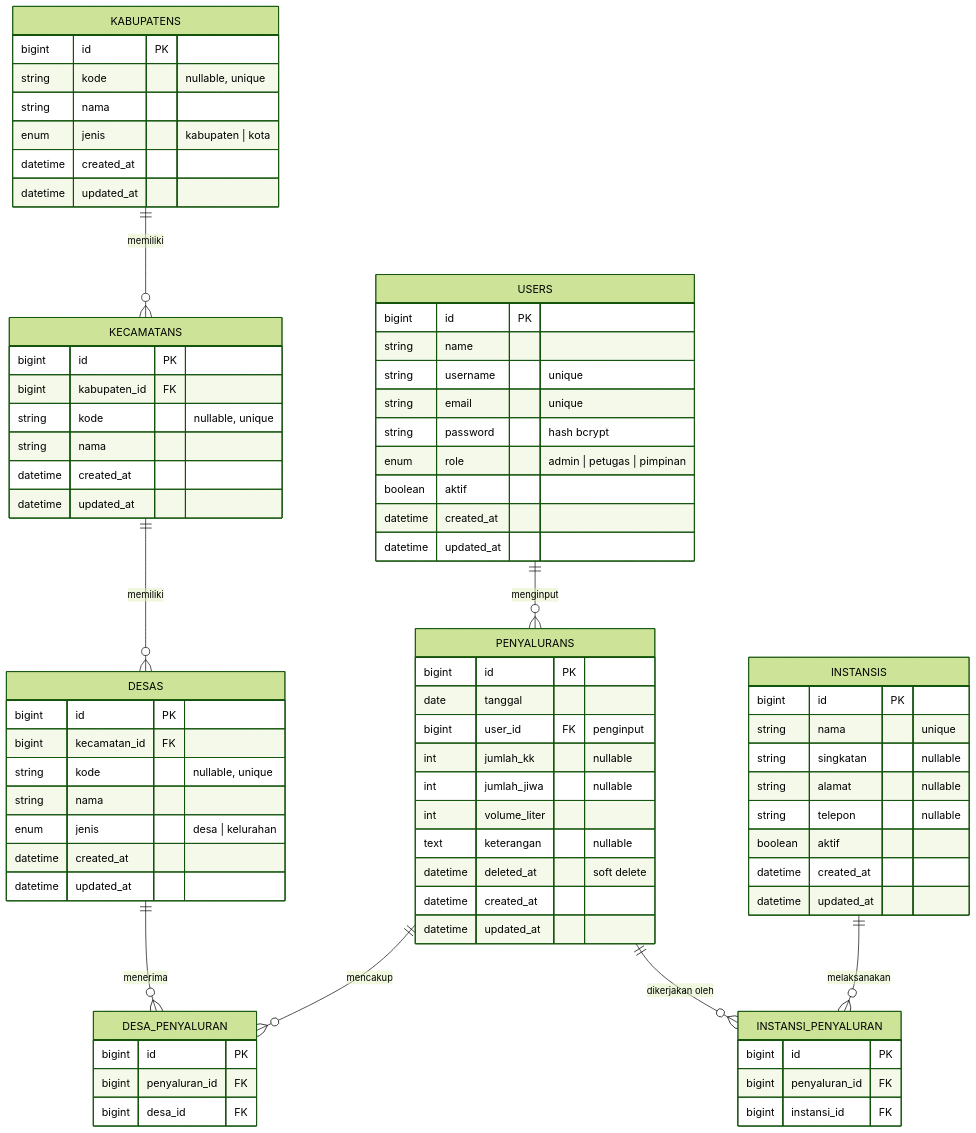
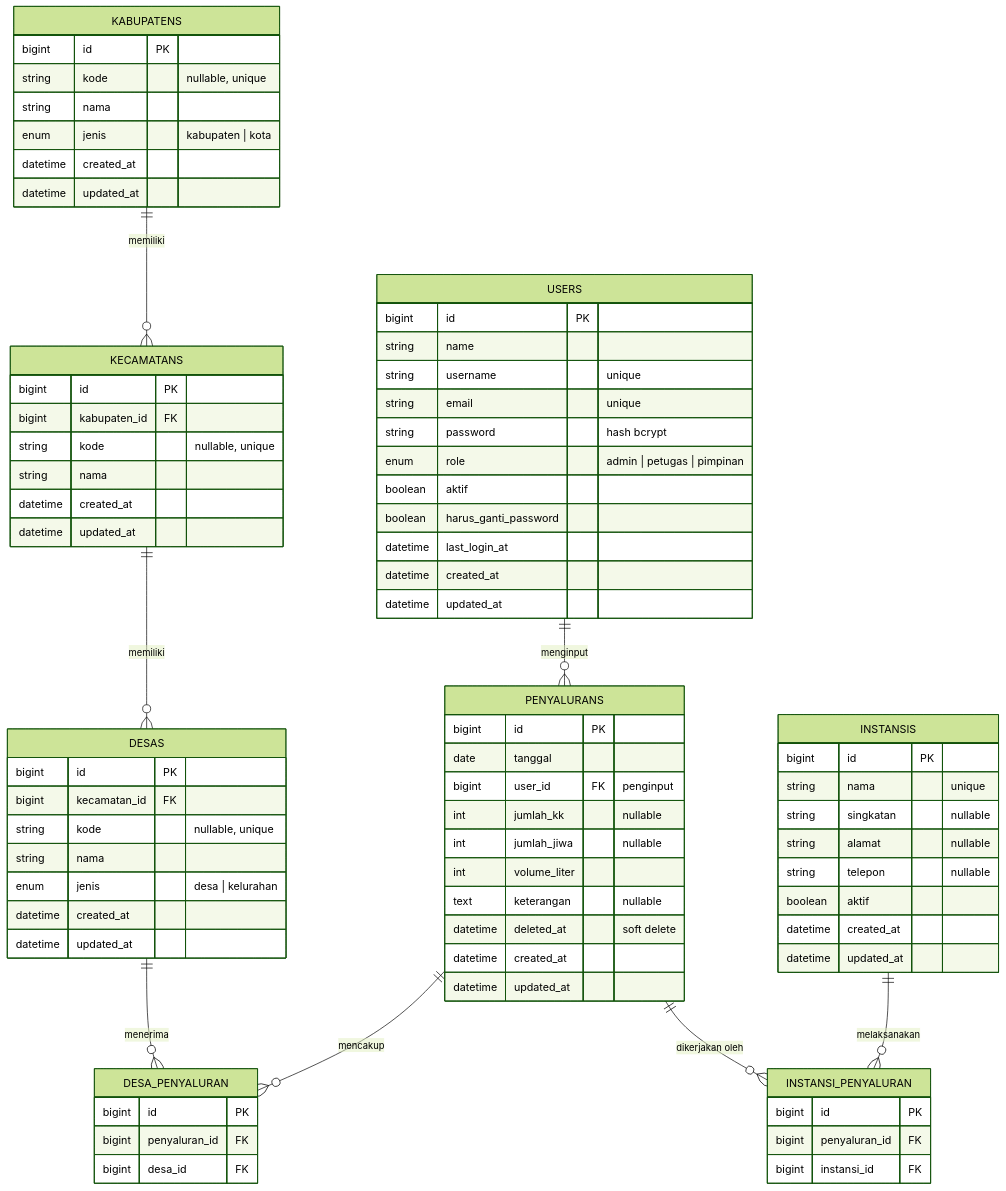
Before and after one commit to ajilandung/sicatat-bpbd-gorontalo: the diagram in docs/database-schema.md, drawn with Mermaid (forest theme). The commit also changed other lines of this file and 55 other files, not shown here.

```diff
--- a/docs/database-schema.md
+++ b/docs/database-schema.md
@@ -116,6 +116,8 @@
         string   password    "hash bcrypt"
         enum     role        "admin | petugas | pimpinan"
         boolean  aktif
+        boolean  harus_ganti_password
+        datetime last_login_at
         datetime created_at
         datetime updated_at
     }
```
